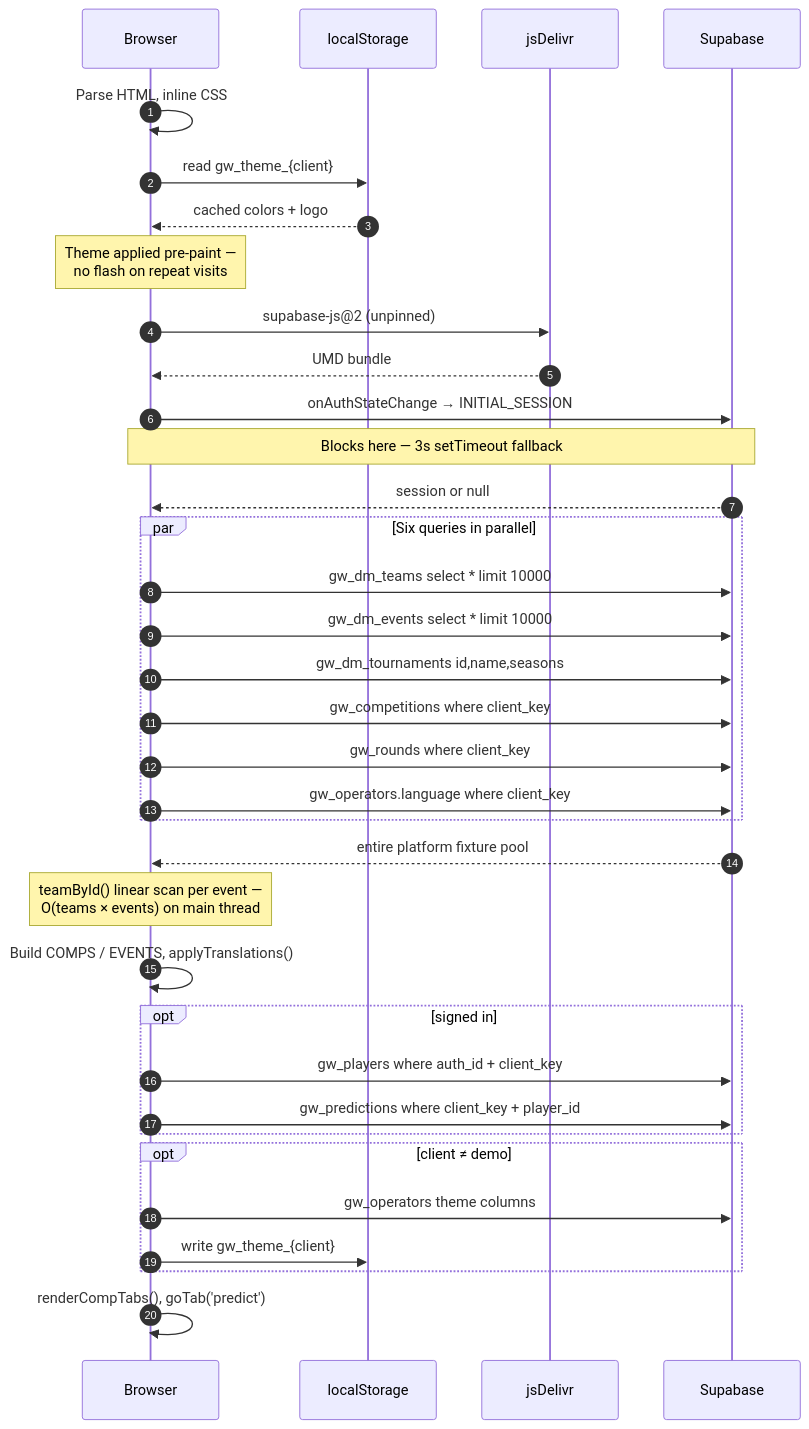
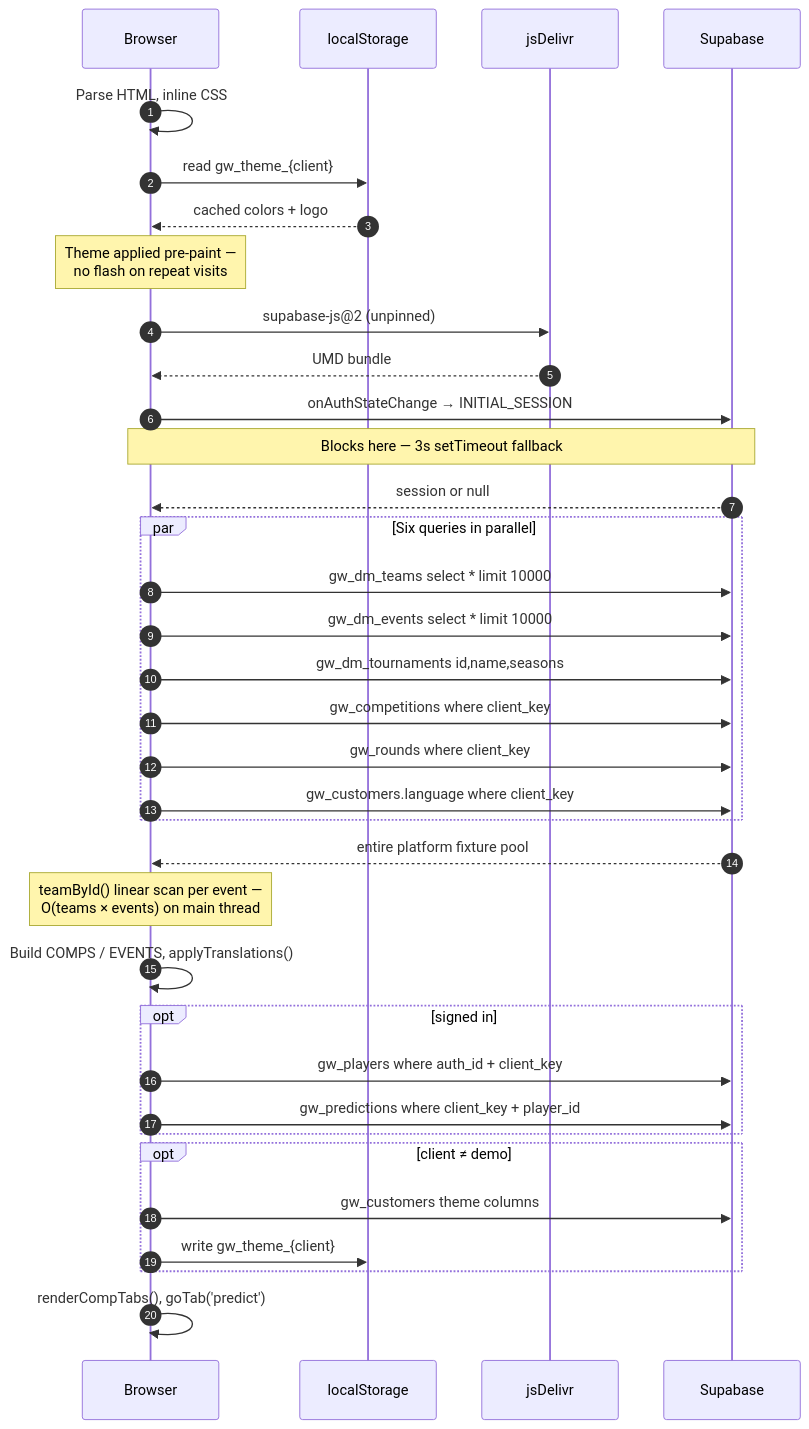
The sixth of 8 diagrams in docs/ARCHITECTURE.md (matchinist/gameweek), drawn with Mermaid before and after one commit. The commit also changed other lines of this file and 42 other files, not shown here.

First line of the commit message:
Rename operators to customers across DB, apps, Edge Functions and docs

````diff
--- a/docs/ARCHITECTURE.md
+++ b/docs/ARCHITECTURE.md
@@ -354,44 +354,44 @@
 ```mermaid
 sequenceDiagram
     autonumber
     participant B as Browser
     participant LS as localStorage
     participant CDN as jsDelivr
     participant DB as Supabase
 
     B->>B: Parse HTML, inline CSS
     B->>LS: read gw_theme_{client}
     LS-->>B: cached colors + logo
     Note over B: Theme applied pre-paint —<br/>no flash on repeat visits
     B->>CDN: supabase-js@2 (unpinned)
     CDN-->>B: UMD bundle
 
     B->>DB: onAuthStateChange → INITIAL_SESSION
     Note over B,DB: Blocks here — 3s setTimeout fallback
     DB-->>B: session or null
 
     par Six queries in parallel
         B->>DB: gw_dm_teams  select * limit 10000
         B->>DB: gw_dm_events select * limit 10000
         B->>DB: gw_dm_tournaments id,name,seasons
         B->>DB: gw_competitions where client_key
         B->>DB: gw_rounds where client_key
-        B->>DB: gw_operators.language where client_key
+        B->>DB: gw_customers.language where client_key
     end
     DB-->>B: entire platform fixture pool
 
     Note over B: teamById() linear scan per event —<br/>O(teams × events) on main thread
     B->>B: Build COMPS / EVENTS, applyTranslations()
 
     opt signed in
         B->>DB: gw_players where auth_id + client_key
         B->>DB: gw_predictions where client_key + player_id
     end
 
     opt client ≠ demo
-        B->>DB: gw_operators theme columns
+        B->>DB: gw_customers theme columns
         B->>LS: write gw_theme_{client}
     end
 
     B->>B: renderCompTabs(), goTab('predict')
 ```
````
